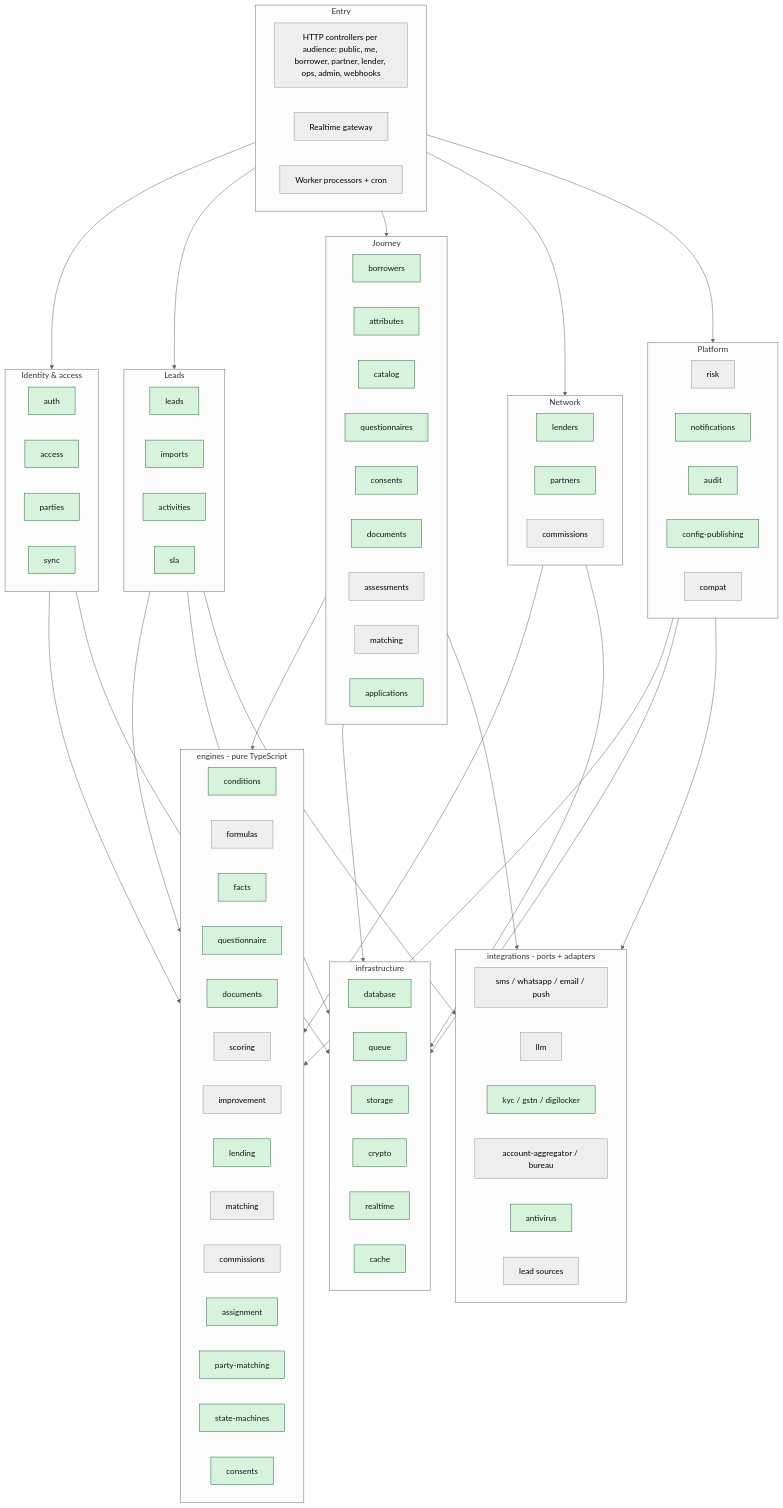
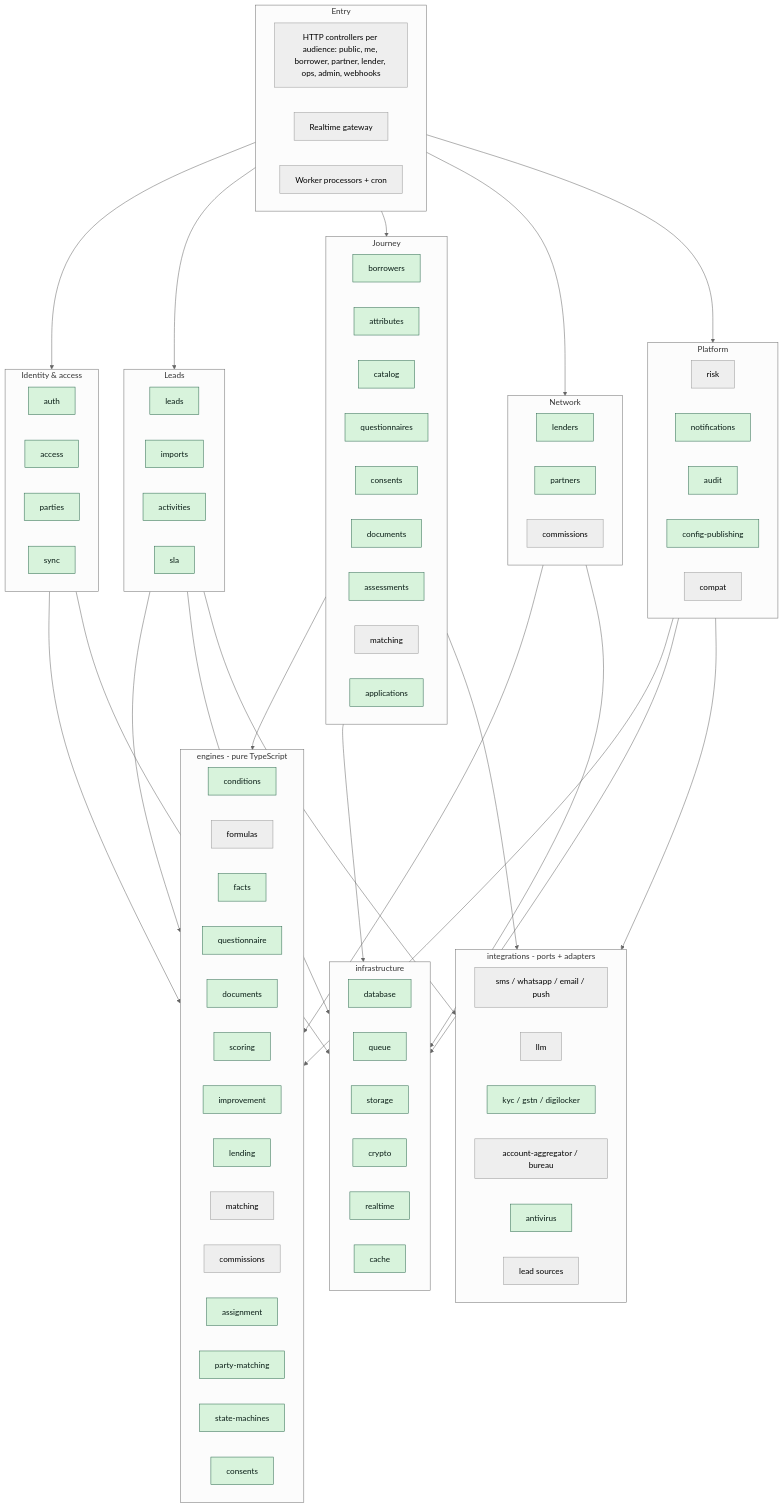
Before and after one commit to Shaikhfaruk/fundenflo: the second of 15 diagrams in docs/ARCHITECTURE.md, drawn with Mermaid (neutral theme). The commit also changed other lines of this file and 98 other files, not shown here.

Commit message:
M5a: scoring models, improvement rules, analysis jobs, assessments with reproducible recompute, ops-verified facts and notification subscriptions

````diff
--- a/docs/ARCHITECTURE.md
+++ b/docs/ARCHITECTURE.md
@@ -159,5 +159,5 @@
   LeadsGroup --> Ports
   Platform --> Ports
   classDef built fill:#d8f3dc,stroke:#2d6a4f,color:#081c15
-  class auth,access,parties,catalog,attributes,questionnaires,consents,partners,leads,imports,activities,sla,realtime,sync,documents,borrowers,applications,lenders,notifications,audit,configPublishing,conditions,facts,questionnaire,partyMatching,stateMachines,consentFold,assignment,docChecklist,lendingEngine,database,queue,storage,crypto,cache,avP,kycP built
+  class auth,access,parties,catalog,attributes,questionnaires,consents,partners,leads,imports,activities,sla,realtime,sync,documents,borrowers,applications,lenders,assessments,notifications,audit,configPublishing,conditions,facts,questionnaire,partyMatching,stateMachines,consentFold,assignment,docChecklist,lendingEngine,scoring,improvement,database,queue,storage,crypto,cache,avP,kycP built
 ```
````
